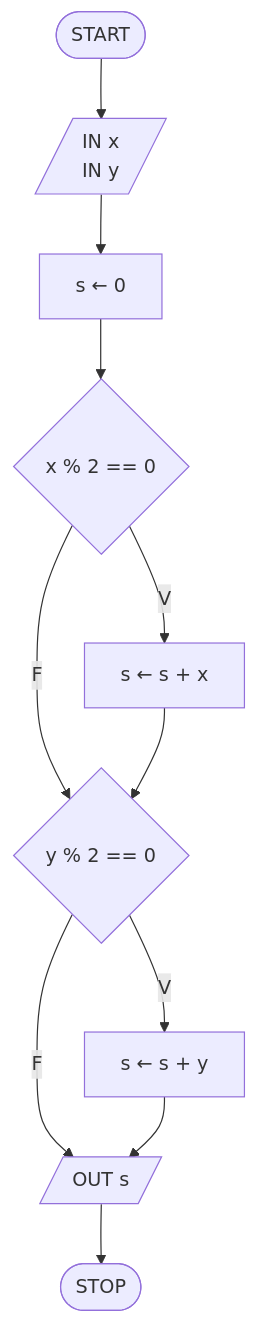
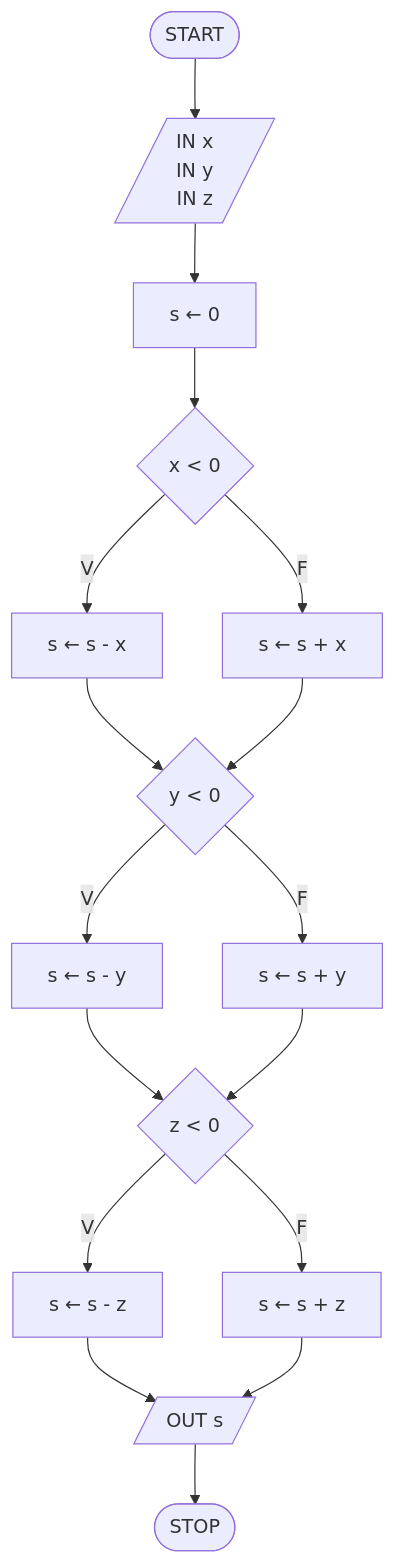
The ninth of 28 diagrams in flowcharts_soluzioni.md (pg-laboratorio/flowcharts_laboratorio_esercizi), drawn with Mermaid before and after one commit. The commit also changed other lines of this file, not shown here.

````diff
--- a/flowcharts_soluzioni.md
+++ b/flowcharts_soluzioni.md
@@ -179,13 +179,19 @@
 ```mermaid
 graph TD
-    START([START]) --> INPUT[/"IN x<br>IN y"/]
+    START([START]) --> INPUT[/"IN x<br>IN y<br>IN z"/]
     INPUT --> INIT["s ← 0"]
-    INIT --> CX{"x % 2 == 0"}
-    CX -- V --> AX["s ← s + x"]
-    CX -- F --> CY{"y % 2 == 0"}
-    AX --> CY
-    CY -- V --> AY["s ← s + y"]
-    CY -- F --> OUTPUT[/"OUT s"/]
-    AY --> OUTPUT
+    INIT --> CX{"x < 0"}
+    CX -- V --> NX["s ← s - x"]
+    CX -- F --> PX["s ← s + x"]
+    NX --> CY{"y < 0"}
+    PX --> CY
+    CY -- V --> NY["s ← s - y"]
+    CY -- F --> PY["s ← s + y"]
+    NY --> CZ{"z < 0"}
+    PY --> CZ
+    CZ -- V --> NZ["s ← s - z"]
+    CZ -- F --> PZ["s ← s + z"]
+    NZ --> OUTPUT[/"OUT s"/]
+    PZ --> OUTPUT
     OUTPUT --> STOP([STOP])
 ```
````
